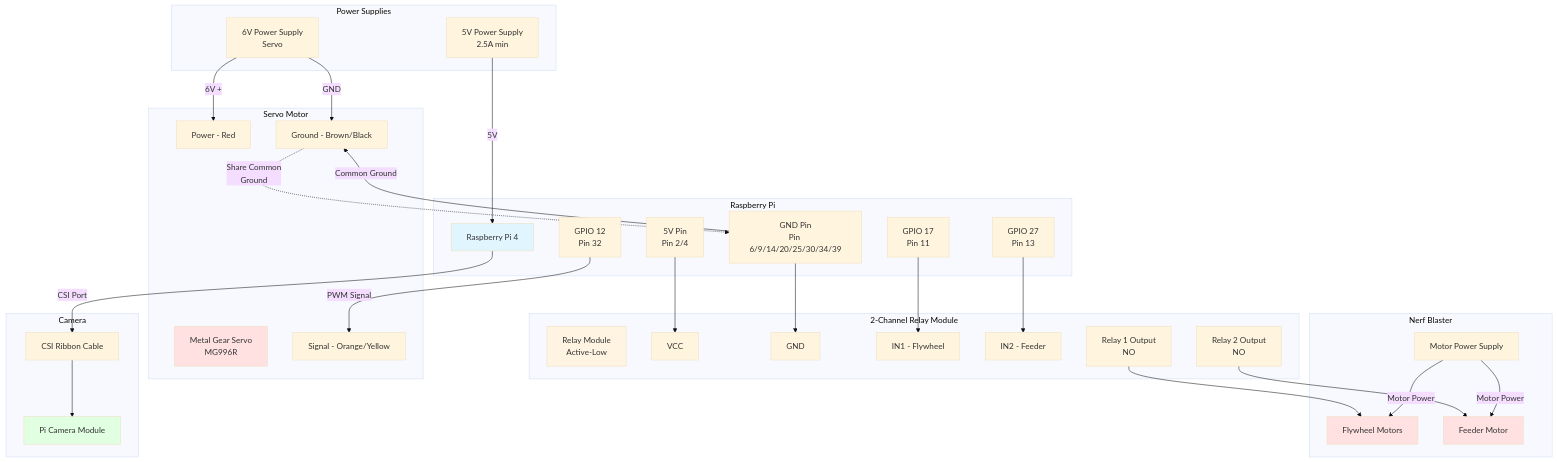
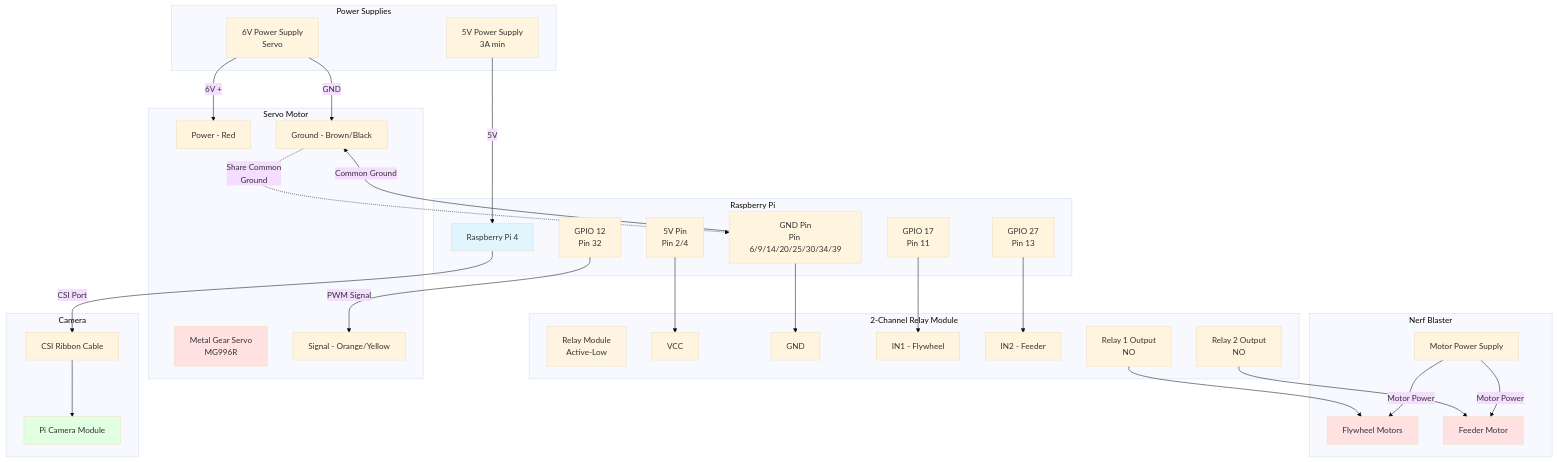
The diagram in docs/hardware.md (sshhhhhhhhhhhhhhh/nerf-turret), drawn with Mermaid (base theme) before and after one commit. The commit also changed other lines of this file, not shown here.

````diff
--- a/docs/hardware.md
+++ b/docs/hardware.md
@@ -43,79 +42,79 @@
 ```mermaid
 graph TB
     subgraph "Power Supplies"
-        PS1[5V Power Supply<br/>2.5A min]
+        PS1[5V Power Supply<br/>3A min]
         PS2[6V Power Supply<br/>Servo]
     end
     
     subgraph "Raspberry Pi"
         Pi[Raspberry Pi 4]
         GPIO12[GPIO 12<br/>Pin 32]
         GPIO17[GPIO 17<br/>Pin 11]
         GPIO27[GPIO 27<br/>Pin 13]
         Pi5V[5V Pin<br/>Pin 2/4]
         PiGND[GND Pin<br/>Pin 6/9/14/20/25/30/34/39]
     end
     
     subgraph "Servo Motor"
         Servo[Metal Gear Servo<br/>MG996R]
         ServoSig[Signal - Orange/Yellow]
         ServoPwr[Power - Red]
         ServoGnd[Ground - Brown/Black]
     end
     
     subgraph "2-Channel Relay Module"
         RelayMod[Relay Module<br/>Active-Low]
         RelayVCC[VCC]
         RelayGND[GND]
         RelayIN1[IN1 - Flywheel]
         RelayIN2[IN2 - Feeder]
         RelayOut1[Relay 1 Output<br/>NO]
         RelayOut2[Relay 2 Output<br/>NO]
     end
     
     subgraph "Nerf Blaster"
         Flywheel[Flywheel Motors]
         Feeder[Feeder Motor]
         BlasterPwr[Motor Power Supply]
     end
     
     subgraph "Camera"
         PiCam[Pi Camera Module]
         CamRibbon[CSI Ribbon Cable]
     end
     
     %% Power connections
     PS1 -->|5V| Pi
     PS2 -->|6V +| ServoPwr
     PS2 -->|GND| ServoGnd
     
     %% Servo connections
     GPIO12 -->|PWM Signal| ServoSig
     PiGND -->|Common Ground| ServoGnd
     
     %% Relay connections
     Pi5V --> RelayVCC
     PiGND --> RelayGND
     GPIO17 --> RelayIN1
     GPIO27 --> RelayIN2
     
     %% Relay to motors
     RelayOut1 --> Flywheel
     RelayOut2 --> Feeder
     BlasterPwr -->|Motor Power| Flywheel
     BlasterPwr -->|Motor Power| Feeder
     
     %% Camera connection
     Pi -->|CSI Port| CamRibbon
     CamRibbon --> PiCam
     
     %% Common ground note
     ServoGnd -.->|Share Common<br/>Ground| PiGND
     
     style Pi fill:#e1f5ff
     style Servo fill:#ffe1e1
     style RelayMod fill:#fff4e1
     style Flywheel fill:#ffe1e1
     style Feeder fill:#ffe1e1
     style PiCam fill:#e1ffe1
 ```
````
